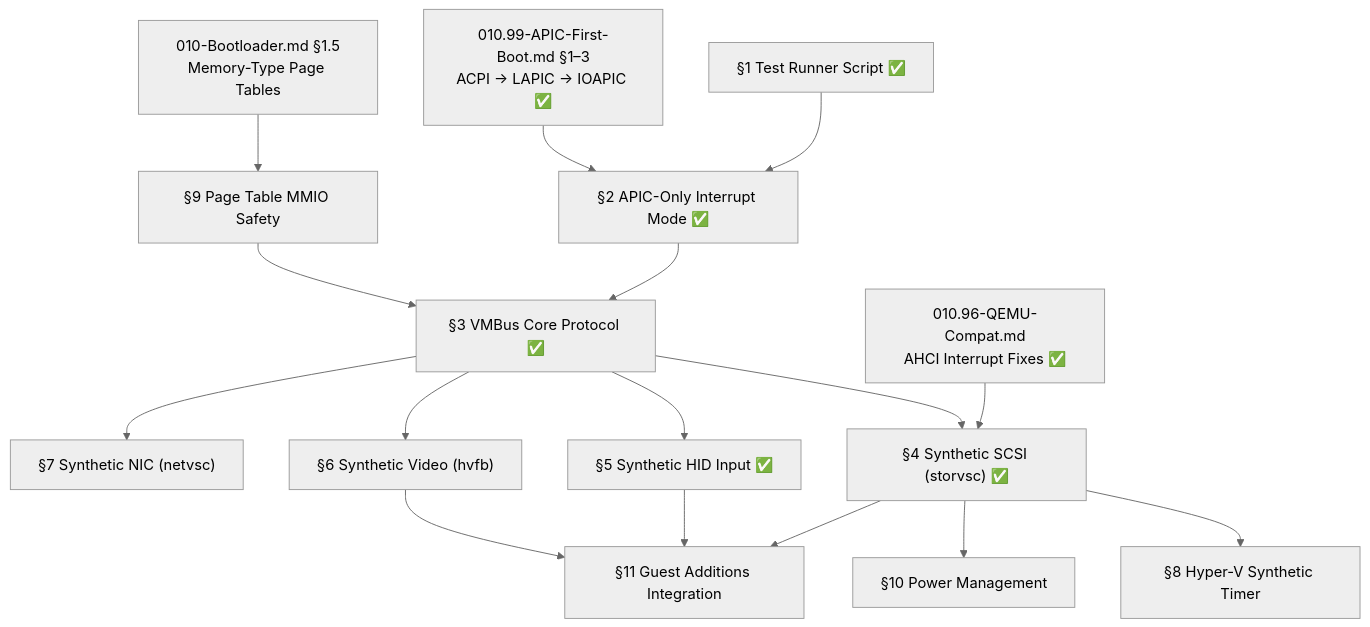
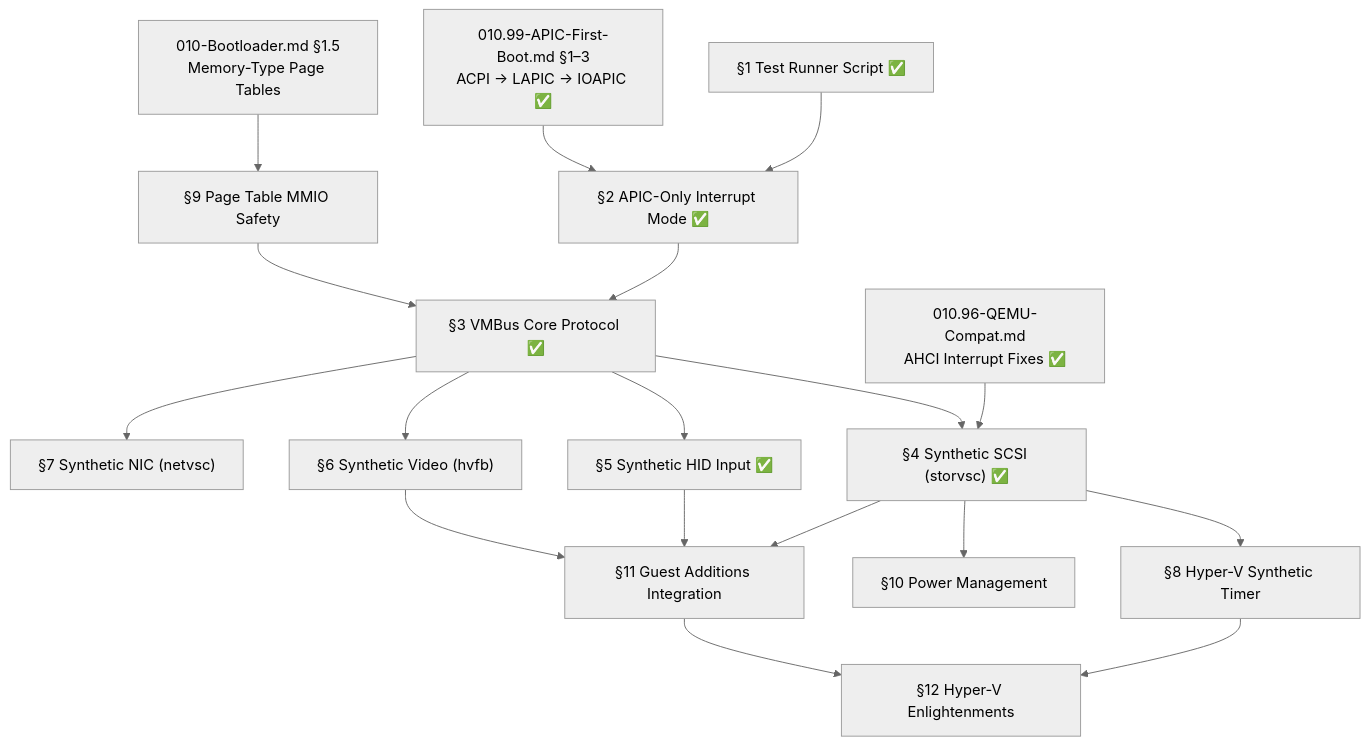
The diagram in todo/000-Infrastructure/TODO-008-Hyper-V-Runner.md (rizonesoft/impossible-os), drawn with Mermaid (neutral theme) before and after one commit. The commit also changed other lines of this file and 1 other file, not shown here.

First line of the commit message:
docs: comprehensive audit of Hyper-V TODO — fixes, features, formatting

````diff
--- a/todo/000-Infrastructure/TODO-008-Hyper-V-Runner.md
+++ b/todo/000-Infrastructure/TODO-008-Hyper-V-Runner.md
@@ -64,40 +64,43 @@
 ```mermaid
 graph TD
     S1["§1 Test Runner Script ✅"]
     S2["§2 APIC-Only Interrupt Mode ✅"]
     S3["§3 VMBus Core Protocol ✅"]
     S4["§4 Synthetic SCSI (storvsc) ✅"]
     S5["§5 Synthetic HID Input ✅"]
     S6["§6 Synthetic Video (hvfb)"]
     S7["§7 Synthetic NIC (netvsc)"]
     S8["§8 Hyper-V Synthetic Timer"]
     S9["§9 Page Table MMIO Safety"]
     S10["§10 Power Management"]
     S11["§11 Guest Additions Integration"]
+    S12["§12 Hyper-V Enlightenments"]
 
     %% External dependencies
     X1["010.99-APIC-First-Boot.md §1–3<br/>ACPI → LAPIC → IOAPIC ✅"]
     X2["010-Bootloader.md §1.5<br/>Memory-Type Page Tables"]
     X3["010.96-QEMU-Compat.md<br/>AHCI Interrupt Fixes ✅"]
 
     %% Core chain: infrastructure → VMBus → drivers
     S1 --> S2
     S2 --> S3
     S9 --> S3
     S3 --> S4
     S3 --> S5
     S3 --> S6
     S3 --> S7
     S4 --> S8
 
     %% Integration comes last
     S4 --> S10
     S5 --> S11
     S4 --> S11
     S6 --> S11
+    S8 --> S12
+    S11 --> S12
 
     %% External links
     X1 --> S2
     X2 --> S9
     X3 --> S4
 ```
````
